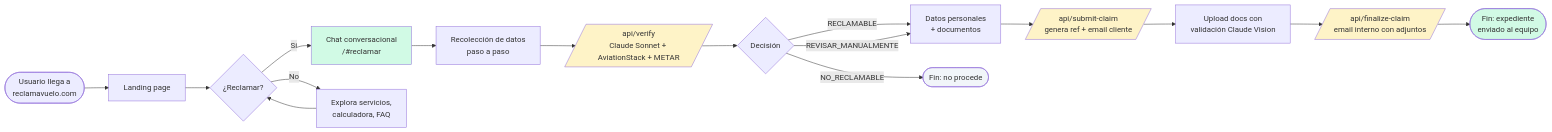
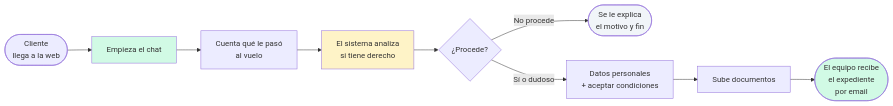
Before and after one commit to guilletruan-sys/reclamavuelo: the first of 12 diagrams in docs/flujos.md, drawn with Mermaid. The commit also changed other lines of this file, not shown here.

Commit message:
docs: reescribir flujos para lectores del equipo legal/operaciones

````diff
--- a/docs/flujos.md
+++ b/docs/flujos.md
@@ -29,27 +34,16 @@
 ```mermaid
 flowchart LR
-    A([Usuario llega a<br/>reclamavuelo.com]) --> B[Landing page]
-    B --> C{¿Reclamar?}
-    C -->|Sí| D[Chat conversacional<br/>/#reclamar]
-    C -->|No| E[Explora servicios,<br/>calculadora, FAQ]
-    E --> C
+    A([Cliente<br/>llega a la web]) --> B[Empieza el chat]
+    B --> C[Cuenta qué le pasó<br/>al vuelo]
+    C --> D[El sistema analiza<br/>si tiene derecho]
+    D --> E{¿Procede?}
+    E -->|No procede| F([Se le explica<br/>el motivo y fin])
+    E -->|Sí o dudoso| G[Datos personales<br/>+ aceptar condiciones]
+    G --> H[Sube documentos]
+    H --> I([El equipo recibe<br/>el expediente<br/>por email])
 
-    D --> F[Recolección de datos<br/>paso a paso]
-    F --> G[/api/verify<br/>Claude Sonnet + AviationStack + METAR/]
-    G --> H{Decisión}
-    H -->|RECLAMABLE| I[Datos personales<br/>+ documentos]
-    H -->|REVISAR_MANUALMENTE| I
-    H -->|NO_RECLAMABLE| J([Fin: no procede])
-
-    I --> K[/api/submit-claim<br/>genera ref + email cliente/]
-    K --> L[Upload docs con<br/>validación Claude Vision]
-    L --> M[/api/finalize-claim<br/>email interno con adjuntos/]
-    M --> N([Fin: expediente<br/>enviado al equipo])
-
-    style D fill:#d1fae5
-    style G fill:#fef3c7
-    style K fill:#fef3c7
-    style M fill:#fef3c7
-    style N fill:#d1fae5
-    style J fill:#f1f5f9
+    style B fill:#d1fae5
+    style D fill:#fef3c7
+    style I fill:#d1fae5
+    style F fill:#f1f5f9
 ```
````
